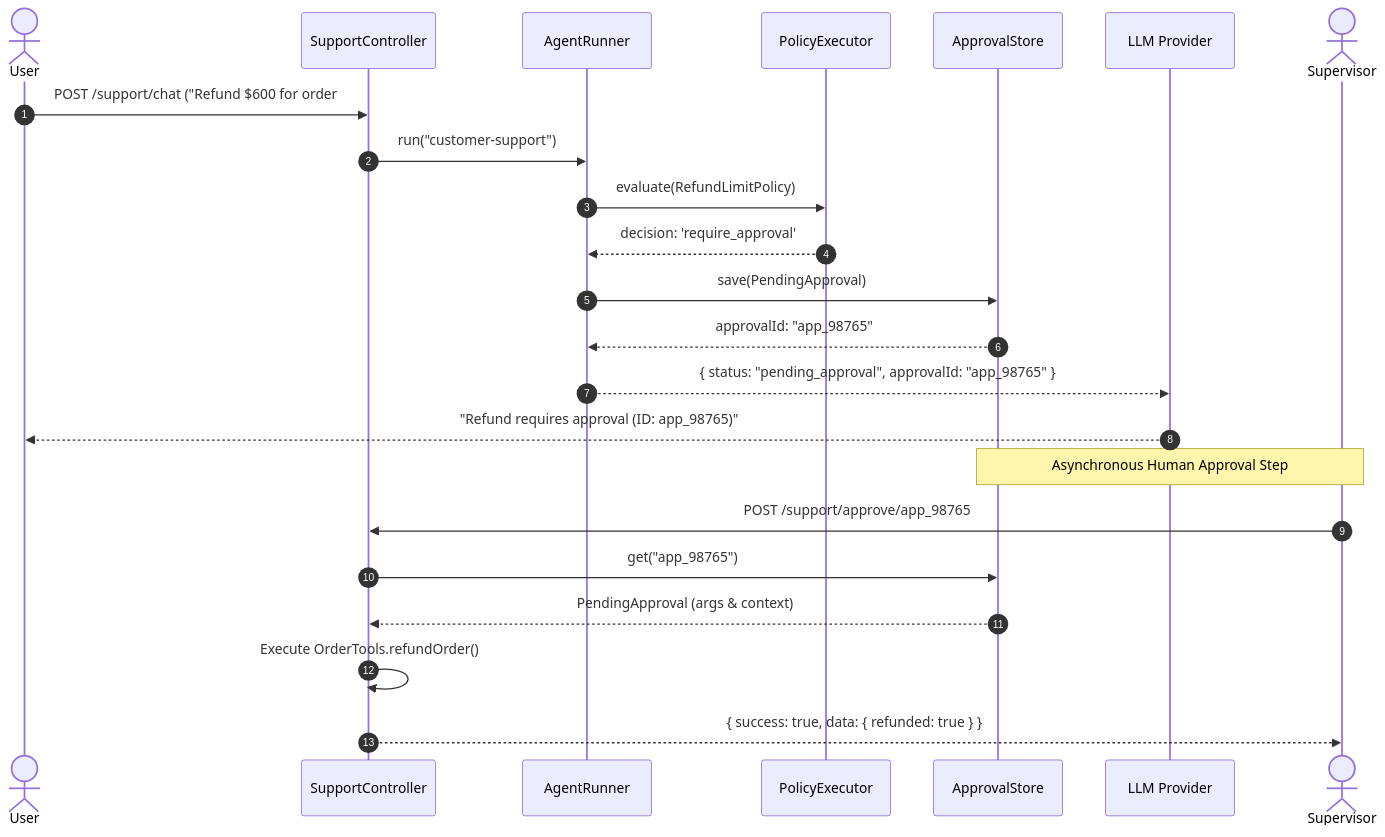
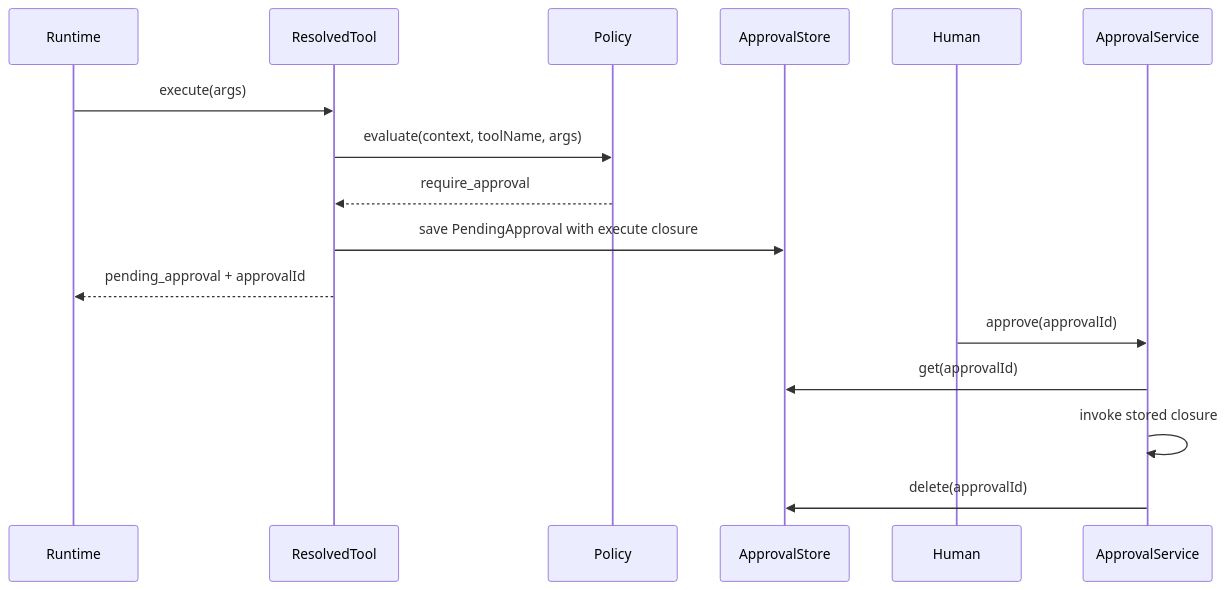
The second of 3 diagrams in docs/ARCHITECTURE.md (irzix/nestjs-agentic), drawn with Mermaid before and after one commit. The commit also changed other lines of this file and 19 other files, not shown here.

````diff
--- a/docs/ARCHITECTURE.md
+++ b/docs/ARCHITECTURE.md
@@ -92,27 +93,19 @@
 ```mermaid
 sequenceDiagram
-    autonumber
-    actor User
-    participant Controller as SupportController
-    participant Runner as AgentRunner
-    participant Policy as PolicyExecutor
+    participant Runtime
+    participant Tool as ResolvedTool
+    participant Policy
     participant Store as ApprovalStore
-    participant LLM as LLM Provider
-    actor Supervisor
+    participant Human
+    participant Service as ApprovalService
 
-    User->>Controller: POST /support/chat ("Refund $600 for order #123")
-    Controller->>Runner: run("customer-support")
-    Runner->>Policy: evaluate(RefundLimitPolicy)
-    Policy-->>Runner: decision: 'require_approval'
-    Runner->>Store: save(PendingApproval)
-    Store-->>Runner: approvalId: "app_98765"
-    Runner-->>LLM: { status: "pending_approval", approvalId: "app_98765" }
-    LLM-->>User: "Refund requires approval (ID: app_98765)"
-
-    Note over Supervisor, Store: Asynchronous Human Approval Step
-    Supervisor->>Controller: POST /support/approve/app_98765
-    Controller->>Store: get("app_98765")
-    Store-->>Controller: PendingApproval (args & context)
-    Controller->>Controller: Execute OrderTools.refundOrder()
-    Controller-->>Supervisor: { success: true, data: { refunded: true } }
+    Runtime->>Tool: execute(args)
+    Tool->>Policy: evaluate(context, toolName, args)
+    Policy-->>Tool: require_approval
+    Tool->>Store: save PendingApproval with execute closure
+    Tool-->>Runtime: pending_approval + approvalId
+    Human->>Service: approve(approvalId)
+    Service->>Store: get(approvalId)
+    Service->>Service: invoke stored closure
+    Service->>Store: delete(approvalId)
 ```
````
